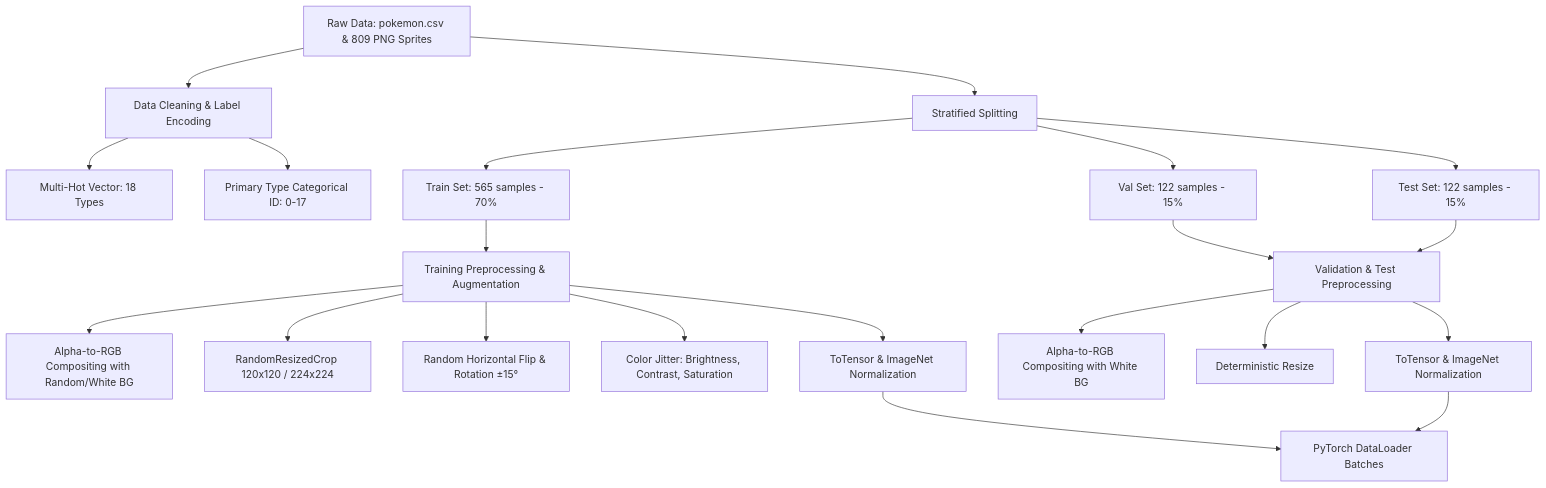
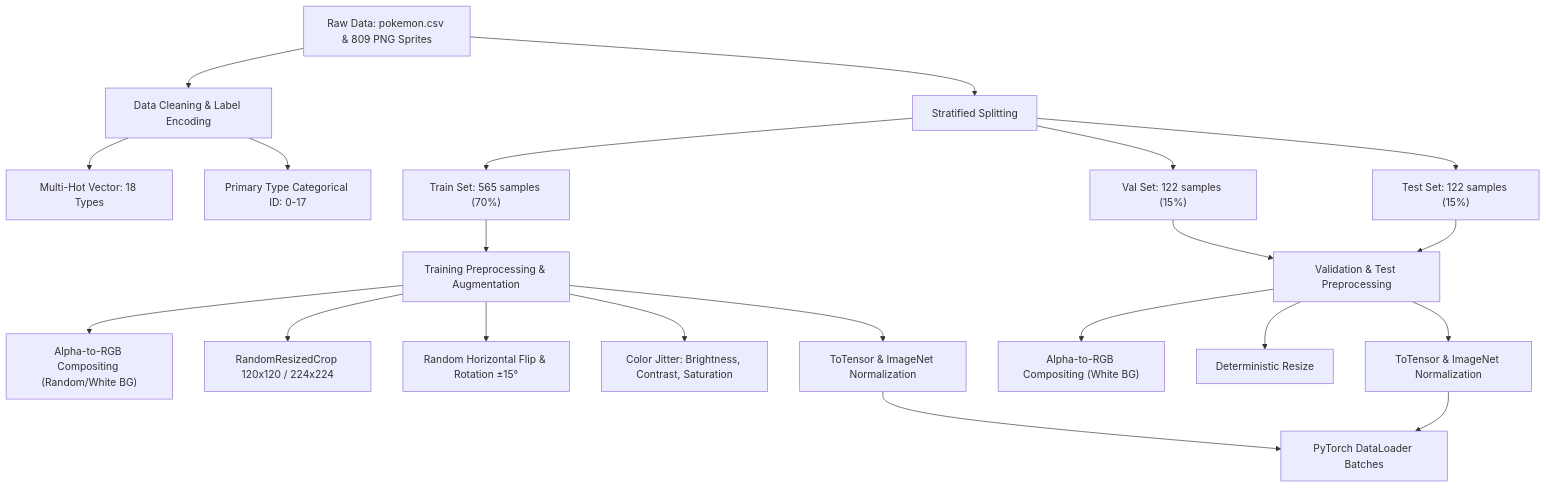
The diagram in PREPROCESSING_REPORT.md (PichyyyNews/pokemon-imgaeprocessing), drawn with Mermaid before and after one commit. The commit also changed 2 other files, not shown here.

Commit message:
fix(docs): resolve GitHub Mermaid diagram parse error by quoting labels

````diff
--- a/PREPROCESSING_REPORT.md
+++ b/PREPROCESSING_REPORT.md
@@ -7,25 +7,27 @@
 ```mermaid
 graph TD
-    A[Raw Data: pokemon.csv & 809 PNG Sprites] --> B[Data Cleaning & Label Encoding]
-    B --> B1[Multi-Hot Vector: 18 Types]
-    B --> B2[Primary Type Categorical ID: 0-17]
+    A["Raw Data: pokemon.csv & 809 PNG Sprites"] --> B["Data Cleaning & Label Encoding"]
+    B --> B1["Multi-Hot Vector: 18 Types"]
+    B --> B2["Primary Type Categorical ID: 0-17"]
     
-    A --> C[Stratified Splitting]
-    C --> C1[Train Set: 565 samples - 70%]
-    C --> C2[Val Set: 122 samples - 15%]
-    C --> C3[Test Set: 122 samples - 15%]
+    A --> C["Stratified Splitting"]
+    C --> C1["Train Set: 565 samples (70%)"]
+    C --> C2["Val Set: 122 samples (15%)"]
+    C --> C3["Test Set: 122 samples (15%)"]
     
-    C1 --> D[Training Preprocessing & Augmentation]
-    D --> D1[Alpha-to-RGB Compositing with Random/White BG]
-    D --> D2[RandomResizedCrop 120x120 / 224x224]
-    D --> D3[Random Horizontal Flip & Rotation ±15°]
-    D --> D4[Color Jitter: Brightness, Contrast, Saturation]
-    D --> D5[ToTensor & ImageNet Normalization]
+    C1 --> D["Training Preprocessing & Augmentation"]
+    D --> D1["Alpha-to-RGB Compositing (Random/White BG)"]
+    D --> D2["RandomResizedCrop 120x120 / 224x224"]
+    D --> D3["Random Horizontal Flip & Rotation ±15°"]
+    D --> D4["Color Jitter: Brightness, Contrast, Saturation"]
+    D --> D5["ToTensor & ImageNet Normalization"]
     
-    C2 & C3 --> E[Validation & Test Preprocessing]
-    E --> E1[Alpha-to-RGB Compositing with White BG]
-    E --> E2[Deterministic Resize]
-    E --> E3[ToTensor & ImageNet Normalization]
+    C2 --> E["Validation & Test Preprocessing"]
+    C3 --> E
+    E --> E1["Alpha-to-RGB Compositing (White BG)"]
+    E --> E2["Deterministic Resize"]
+    E --> E3["ToTensor & ImageNet Normalization"]
     
-    D5 & E3 --> F[PyTorch DataLoader Batches]
+    D5 --> F["PyTorch DataLoader Batches"]
+    E3 --> F
 ```
````
